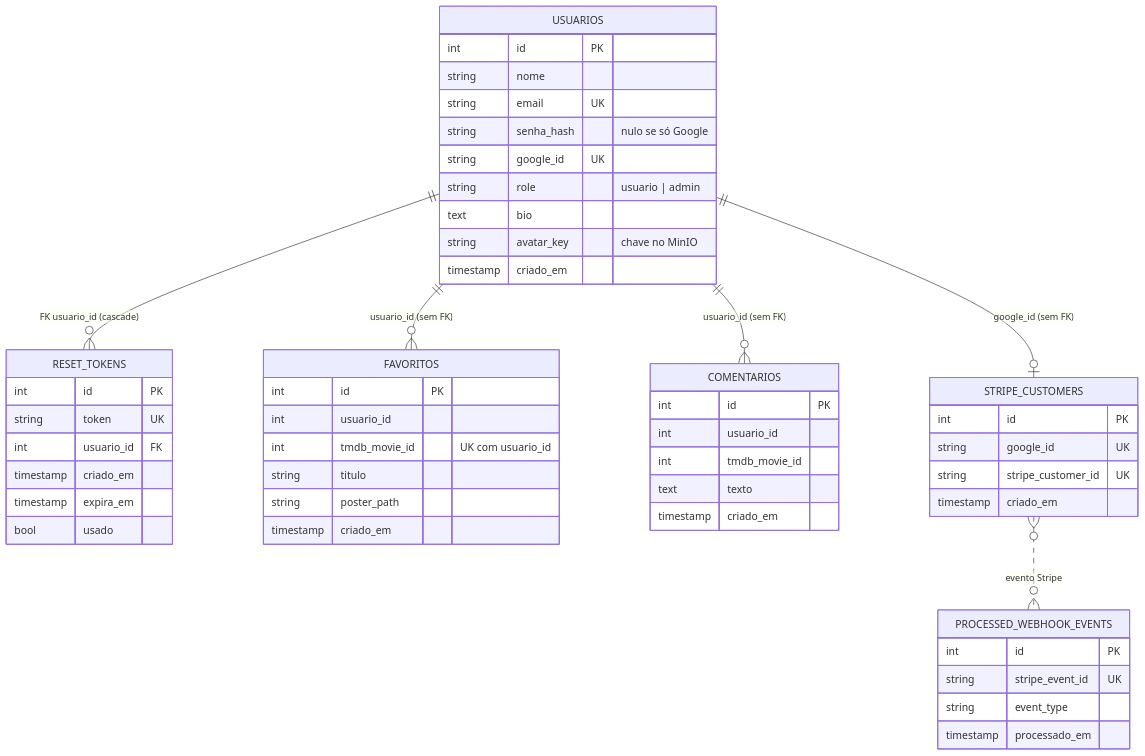
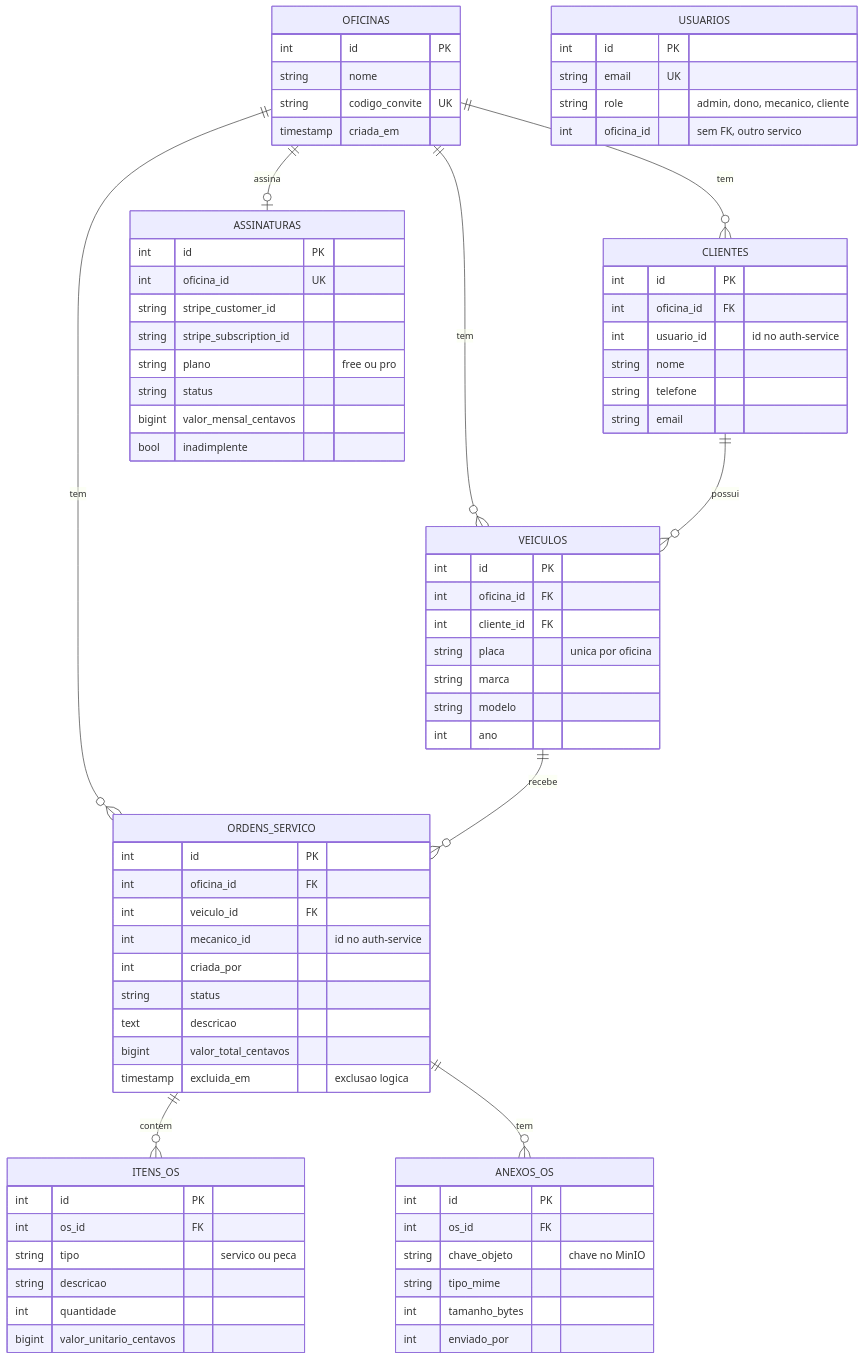
Before and after one commit to JoaoVSerrano/OficinaOS: the third of 3 diagrams in DOCUMENTACAO.md, drawn with Mermaid. The commit also changed other lines of this file and 6 other files, not shown here.

````diff
--- a/DOCUMENTACAO.md
+++ b/DOCUMENTACAO.md
@@ -156,55 +86,77 @@
 ```mermaid
 erDiagram
-    USUARIOS ||--o{ RESET_TOKENS : "FK usuario_id (cascade)"
-    USUARIOS ||--o{ FAVORITOS : "usuario_id (sem FK)"
-    USUARIOS ||--o{ COMENTARIOS : "usuario_id (sem FK)"
-    USUARIOS ||--o| STRIPE_CUSTOMERS : "google_id (sem FK)"
-    STRIPE_CUSTOMERS }o..o{ PROCESSED_WEBHOOK_EVENTS : "evento Stripe"
-
+    OFICINAS ||--o{ CLIENTES : tem
+    OFICINAS ||--o{ VEICULOS : tem
+    OFICINAS ||--o{ ORDENS_SERVICO : tem
+    CLIENTES ||--o{ VEICULOS : possui
+    VEICULOS ||--o{ ORDENS_SERVICO : recebe
+    ORDENS_SERVICO ||--o{ ITENS_OS : contem
+    ORDENS_SERVICO ||--o{ ANEXOS_OS : tem
+    OFICINAS ||--o| ASSINATURAS : assina
+    OFICINAS {
+        int id PK
+        string nome
+        string codigo_convite UK
+        timestamp criada_em
+    }
+    CLIENTES {
+        int id PK
+        int oficina_id FK
+        int usuario_id "id no auth-service"
+        string nome
+        string telefone
+        string email
+    }
+    VEICULOS {
+        int id PK
+        int oficina_id FK
+        int cliente_id FK
+        string placa "unica por oficina"
+        string marca
+        string modelo
+        int ano
+    }
+    ORDENS_SERVICO {
+        int id PK
+        int oficina_id FK
+        int veiculo_id FK
+        int mecanico_id "id no auth-service"
+        int criada_por
+        string status
+        text descricao
+        bigint valor_total_centavos
+        timestamp excluida_em "exclusao logica"
+    }
+    ITENS_OS {
+        int id PK
+        int os_id FK
+        string tipo "servico ou peca"
+        string descricao
+        int quantidade
+        bigint valor_unitario_centavos
+    }
+    ANEXOS_OS {
+        int id PK
+        int os_id FK
+        string chave_objeto "chave no MinIO"
+        string tipo_mime
+        int tamanho_bytes
+        int enviado_por
+    }
+    ASSINATURAS {
+        int id PK
+        int oficina_id UK
+        string stripe_customer_id
+        string stripe_subscription_id
+        string plano "free ou pro"
+        string status
+        bigint valor_mensal_centavos
+        bool inadimplente
+    }
     USUARIOS {
         int id PK
-        string nome
         string email UK
-        string senha_hash "nulo se só Google"
-        string google_id UK
-        string role "usuario | admin"
-        text bio
-        string avatar_key "chave no MinIO"
-        timestamp criado_em
-    }
-    RESET_TOKENS {
-        int id PK
-        string token UK
-        int usuario_id FK
-        timestamp criado_em
-        timestamp expira_em
-        bool usado
-    }
-    FAVORITOS {
-        int id PK
-        int usuario_id
-        int tmdb_movie_id "UK com usuario_id"
-        string titulo
-        string poster_path
-        timestamp criado_em
-    }
-    COMENTARIOS {
-        int id PK
-        int usuario_id
-        int tmdb_movie_id
-        text texto
-        timestamp criado_em
-    }
-    STRIPE_CUSTOMERS {
-        int id PK
-        string google_id UK
-        string stripe_customer_id UK
-        timestamp criado_em
-    }
-    PROCESSED_WEBHOOK_EVENTS {
-        int id PK
-        string stripe_event_id UK
-        string event_type
-        timestamp processado_em
+        string role "admin, dono, mecanico, cliente"
+        int oficina_id "sem FK, outro servico"
     }
 ```
````
